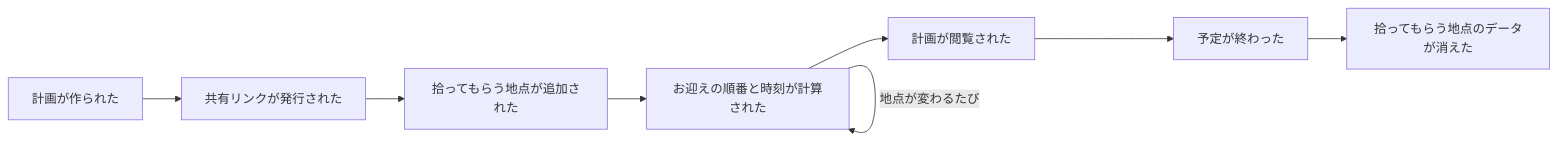
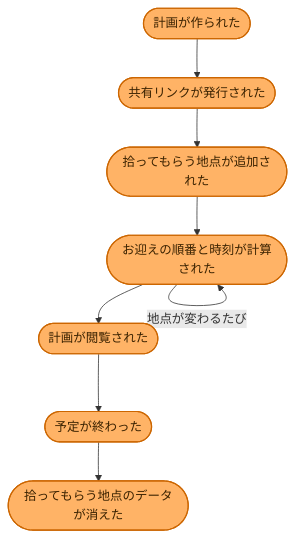
The diagram in event-storming/big-picture.md (kkaiz-dev/pickup-planner), drawn with Mermaid before and after one commit. The commit also changed other lines of this file and 4 other files, not shown here.

First line of the commit message:
docs: 用語集をdocs/language/へ、Mermaidを色付き・縦向き・アクター非区切りに

````diff
--- a/event-storming/big-picture.md
+++ b/event-storming/big-picture.md
@@ -27,10 +29,17 @@
 ```mermaid
-flowchart LR
-    A[計画が作られた] --> B[共有リンクが発行された]
-    B --> C[拾ってもらう地点が追加された]
-    C --> D[お迎えの順番と時刻が計算された]
+flowchart TD
+    A([計画が作られた])
+    B([共有リンクが発行された])
+    C([拾ってもらう地点が追加された])
+    D([お迎えの順番と時刻が計算された])
+    E([計画が閲覧された])
+    F([予定が終わった])
+    G([拾ってもらう地点のデータが消えた])
+
+    A --> B --> C --> D
     D -->|地点が変わるたび| D
-    D --> E[計画が閲覧された]
-    E --> F[予定が終わった]
-    F --> G[拾ってもらう地点のデータが消えた]
+    D --> E --> F --> G
+
+    classDef event fill:#FFB366,stroke:#CC6600,color:#3A2200,stroke-width:1.5px;
+    class A,B,C,D,E,F,G event;
 ```
````
